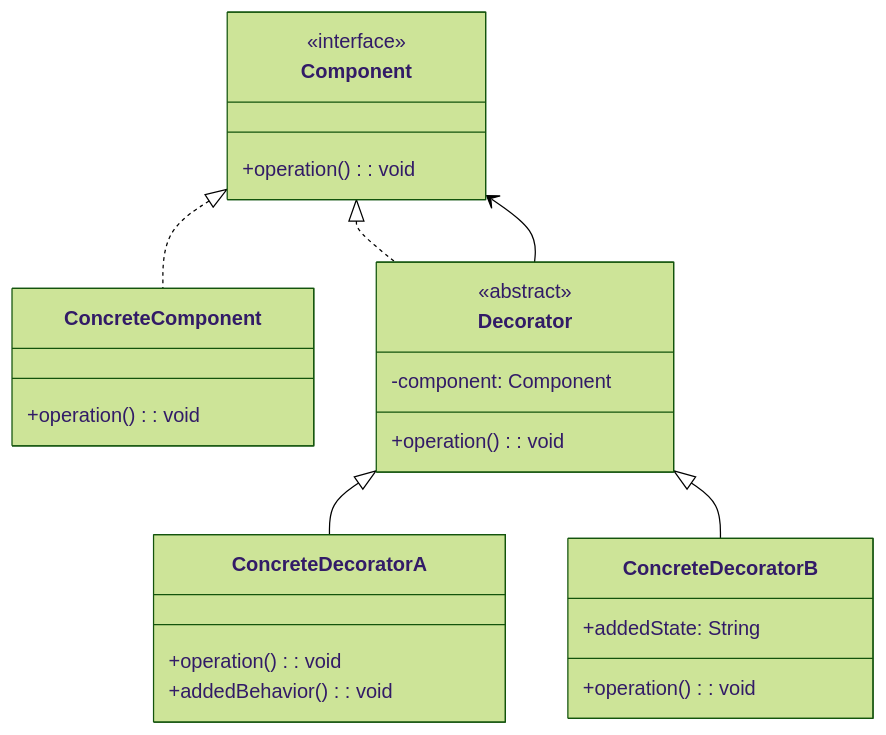
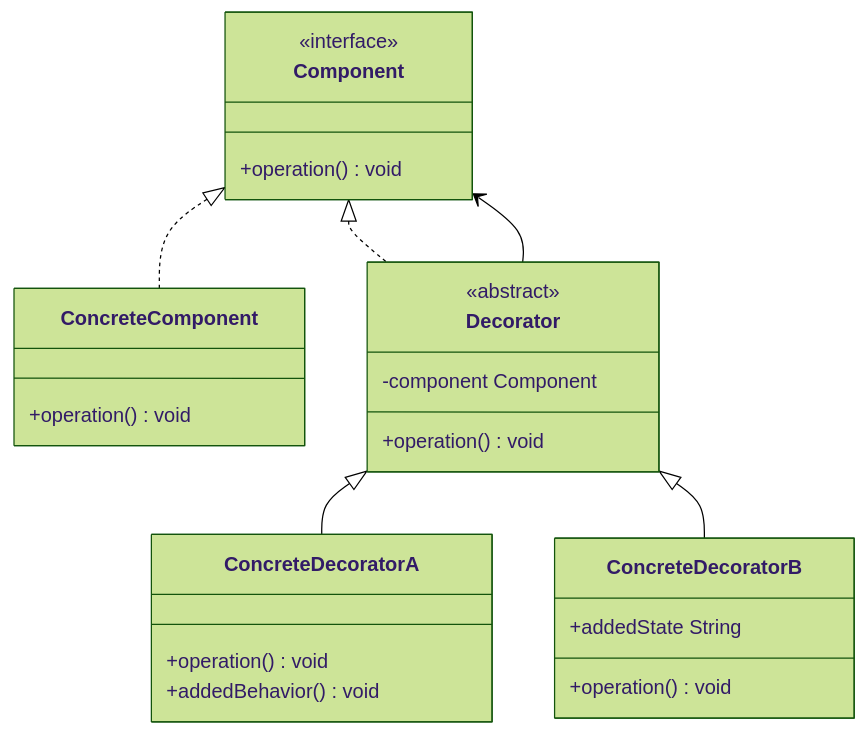
One commit to chihhung/Blog changed diagram 15 of 21 in content/posts/教學/分析與設計/Design Pattern教學(二).md. Above: the diagram before and after it, drawn with Mermaid (forest theme). The commit also changed other lines of this file, not shown here.

Commit message:
修復 Design Pattern 教學(二) 中的 Mermaid mindmap 語法錯誤，改用 graph TB 格式以相容 Mermaid 11.12.1

````diff
--- a/content/posts/教學/分析與設計/Design Pattern教學(二).md
+++ b/content/posts/教學/分析與設計/Design Pattern教學(二).md
@@ -2292,29 +2331,29 @@
 ```mermaid
 classDiagram
     class Component {
         <<interface>>
-        +operation(): void
+        +operation() void
     }
     class ConcreteComponent {
-        +operation(): void
+        +operation() void
     }
     class Decorator {
         <<abstract>>
-        -component: Component
-        +operation(): void
+        -component Component
+        +operation() void
     }
     class ConcreteDecoratorA {
-        +operation(): void
-        +addedBehavior(): void
+        +operation() void
+        +addedBehavior() void
     }
     class ConcreteDecoratorB {
-        +operation(): void
-        +addedState: String
+        +operation() void
+        +addedState String
     }
     
     Component <|.. ConcreteComponent
     Component <|.. Decorator
     Decorator <|-- ConcreteDecoratorA
     Decorator <|-- ConcreteDecoratorB
     Decorator --> Component
 ```
````
